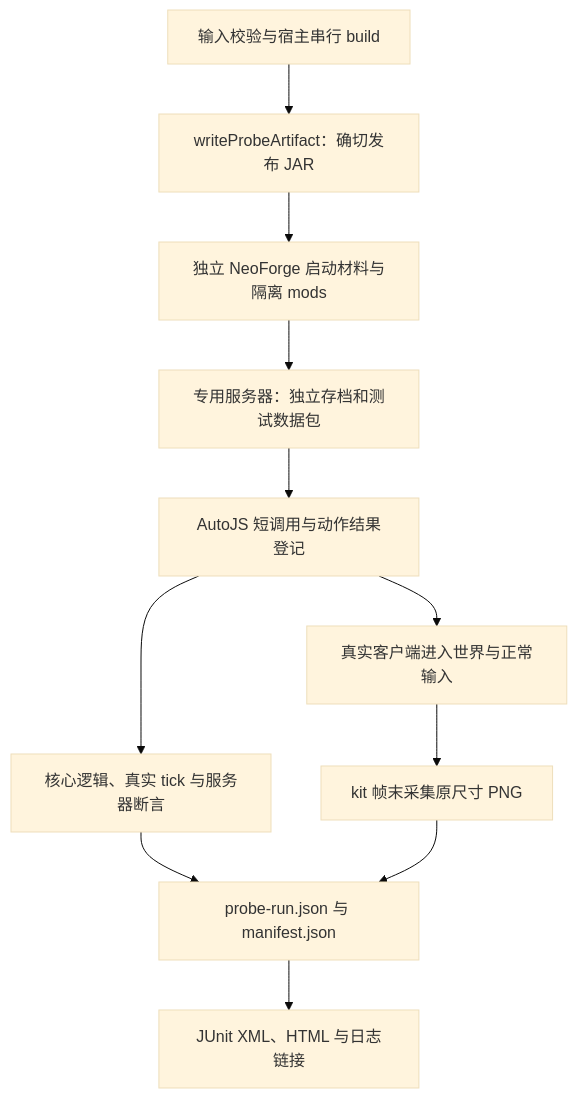
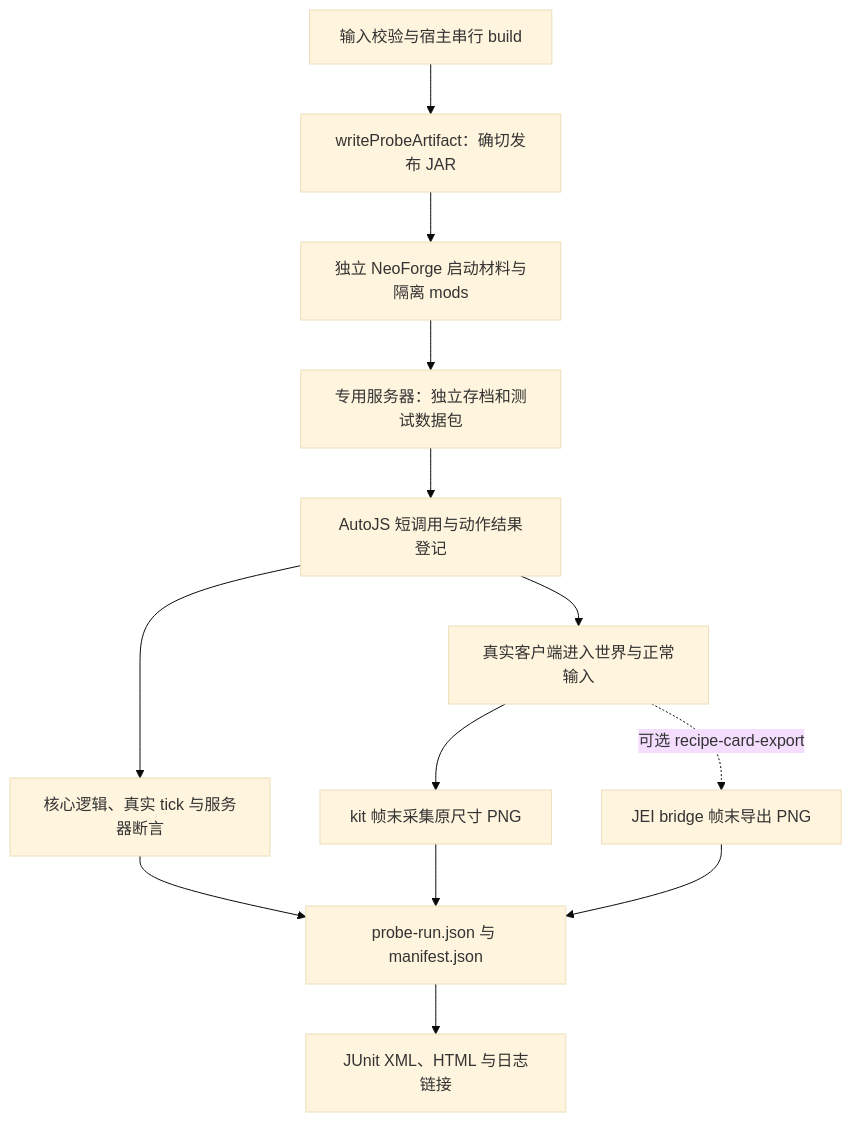
One commit to meteoritel/unsuspicious-block changed the diagram in tools/probes/README.md. Above: the diagram before and after it, drawn with Mermaid (base theme). The commit also changed other lines of this file and 5 other files, not shown here.

````diff
--- a/tools/probes/README.md
+++ b/tools/probes/README.md
@@ -33,13 +38,15 @@
 ```mermaid
 flowchart TD
     Gate["输入校验与宿主串行 build"] --> Artifact["writeProbeArtifact：确切发布 JAR"]
     Artifact --> Stage["独立 NeoForge 启动材料与隔离 mods"]
     Stage --> Server["专用服务器：独立存档和测试数据包"]
     Server --> Control["AutoJS 短调用与动作结果登记"]
     Control --> Assert["核心逻辑、真实 tick 与服务器断言"]
     Control --> Client["真实客户端进入世界与正常输入"]
     Client --> PNG["kit 帧末采集原尺寸 PNG"]
+    Client -. "可选 recipe-card-export" .-> Cards["JEI bridge 帧末导出 PNG"]
     Assert --> Record["probe-run.json 与 manifest.json"]
     PNG --> Record
+    Cards --> Record
     Record --> Report["JUnit XML、HTML 与日志链接"]
 ```
````
